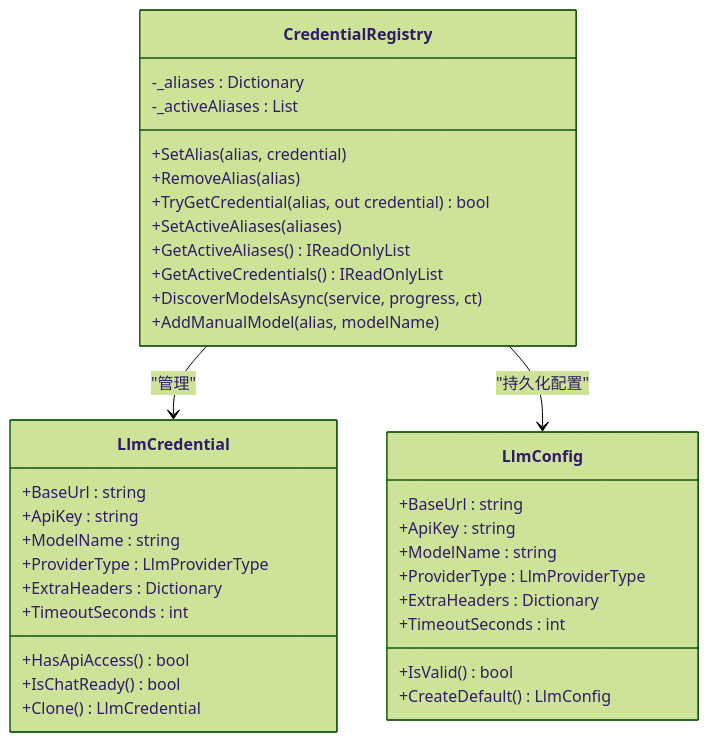
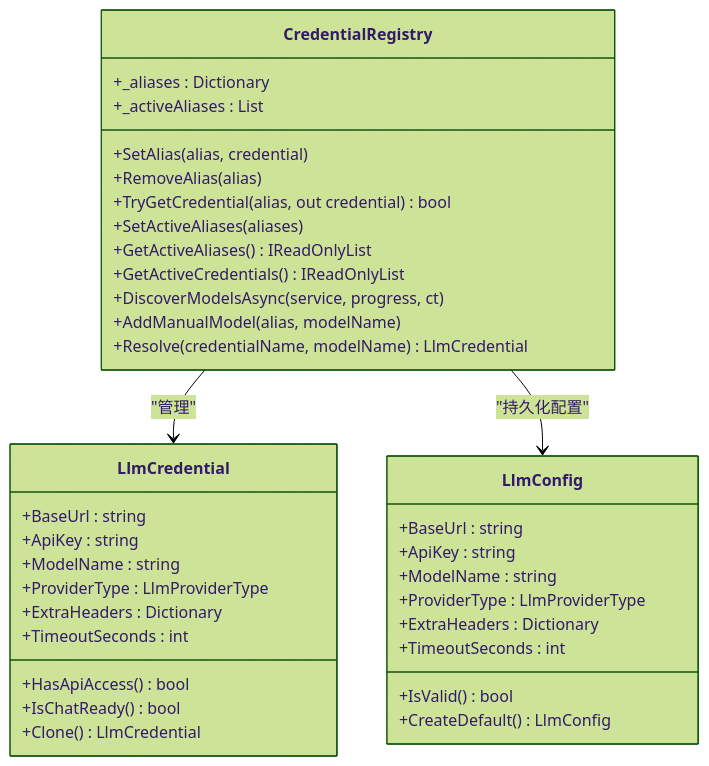
One commit to suzvka/NPCLife changed the ninth of 12 diagrams in .qoder/repowiki/zh/content/LLM集成系统/LLM集成系统.md. Above: the diagram before and after it, drawn with Mermaid (forest theme). The commit also changed other lines of this file and 11 other files, not shown here.

````diff
--- a/.qoder/repowiki/zh/content/LLM集成系统/LLM集成系统.md
+++ b/.qoder/repowiki/zh/content/LLM集成系统/LLM集成系统.md
@@ -242,38 +403,39 @@
 ```mermaid
 classDiagram
 class LlmConfig {
 +BaseUrl : string
 +ApiKey : string
 +ModelName : string
 +ProviderType : LlmProviderType
 +ExtraHeaders : Dictionary
 +TimeoutSeconds : int
 +IsValid() bool
 +CreateDefault() LlmConfig
 }
 class LlmCredential {
 +BaseUrl : string
 +ApiKey : string
 +ModelName : string
 +ProviderType : LlmProviderType
 +ExtraHeaders : Dictionary
 +TimeoutSeconds : int
 +HasApiAccess() bool
 +IsChatReady() bool
 +Clone() LlmCredential
 }
 class CredentialRegistry {
--_aliases : Dictionary<string,LlmCredential>
--_activeAliases : List<string>
++_aliases : Dictionary<string,LlmCredential>
++_activeAliases : List<string>
 +SetAlias(alias, credential)
 +RemoveAlias(alias)
 +TryGetCredential(alias, out credential) bool
 +SetActiveAliases(aliases)
 +GetActiveAliases() IReadOnlyList<string>
 +GetActiveCredentials() IReadOnlyList<LlmCredential>
 +DiscoverModelsAsync(service, progress, ct)
 +AddManualModel(alias, modelName)
++Resolve(credentialName, modelName) LlmCredential
 }
 CredentialRegistry --> LlmCredential : "管理"
 CredentialRegistry --> LlmConfig : "持久化配置"
 ```
````
